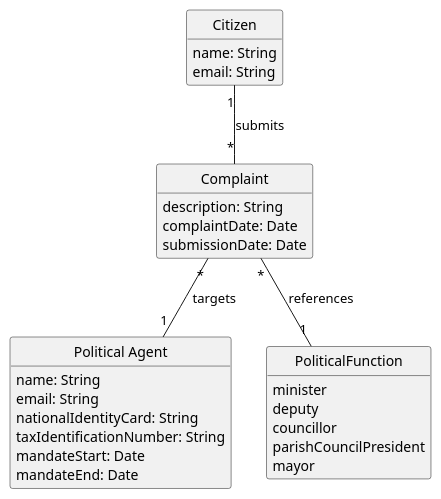
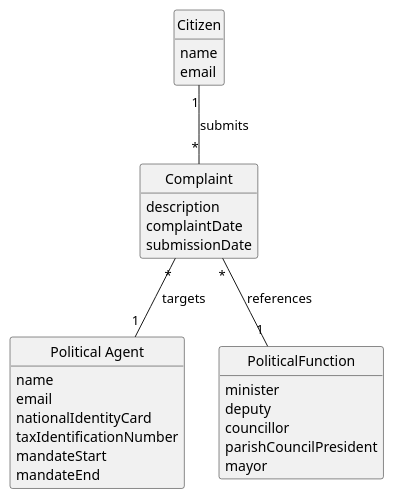
One commit to brunodspinto/crystal-clear-platform changed the diagram in docs/system-documentation/US12/02.analysis/puml/US12-DM.puml. Above: the diagram before and after it, drawn with PlantUML. The commit also changed 26 other files, not shown here.

```diff
--- a/docs/system-documentation/US12/02.analysis/puml/US12-DM.puml
+++ b/docs/system-documentation/US12/02.analysis/puml/US12-DM.puml
@@ -1,42 +1,42 @@
 @startuml US12-DM
 skinparam monochrome true
 skinparam packageStyle rectangle
 skinparam shadowing false
 skinparam classAttributeIconSize 0
 
 hide circle
 hide methods
 
 class Citizen {
-    name: String
-    email: String
+    name
+    email
 }
 
 class "Political Agent" as PoliticalAgent {
-    name: String
-    email: String
-    nationalIdentityCard: String
-    taxIdentificationNumber: String
-    mandateStart: Date
-    mandateEnd: Date
+    name
+    email
+    nationalIdentityCard
+    taxIdentificationNumber
+    mandateStart
+    mandateEnd
 }
 
 class Complaint {
-    description: String
-    complaintDate: Date
-    submissionDate: Date
+    description
+    complaintDate
+    submissionDate
 }
 
 enum PoliticalFunction {
     minister
     deputy
     councillor
     parishCouncilPresident
     mayor
 }
 
 Citizen "1" -- "*" Complaint : submits
 Complaint "*" -- "1" PoliticalAgent : targets
 Complaint "*" -- "1" PoliticalFunction : references
 
 @enduml
```
